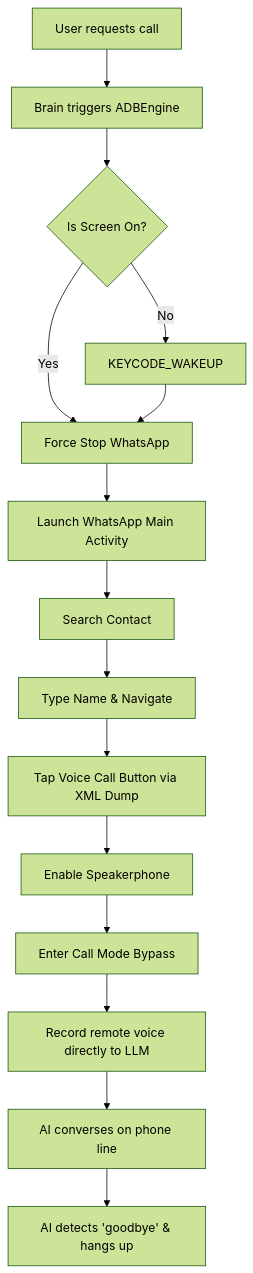
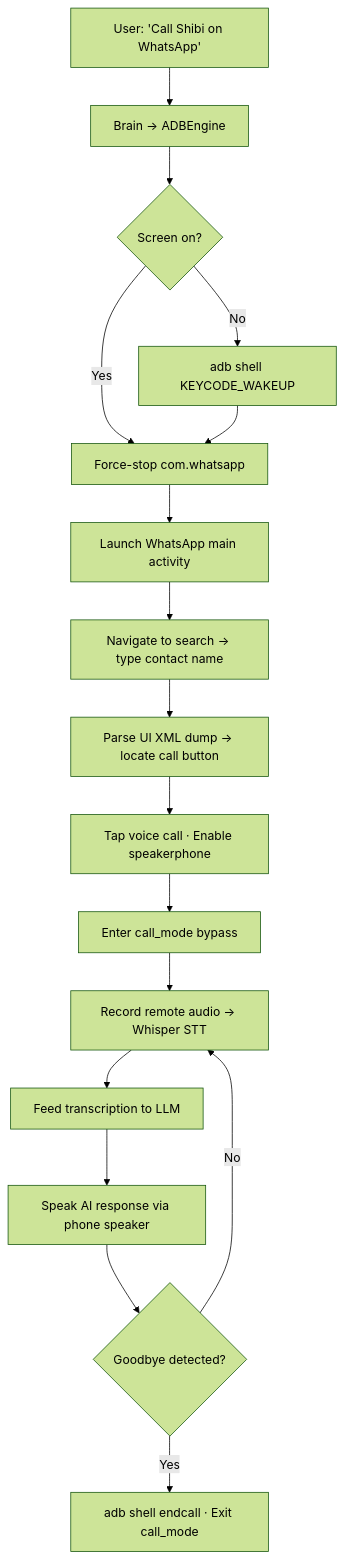
One commit to SaiSiddharthBS/Captain_AI changed the third of 3 diagrams in README.md. Above: the diagram before and after it, drawn with Mermaid (forest theme). The commit also changed other lines of this file, not shown here.

Commit message:
docs: complete industrial-grade README rewrite with architecture diagrams, technical spec tables, and deployment guide

````diff
--- a/README.md
+++ b/README.md
@@ -125,17 +129,19 @@
 ```mermaid
 flowchart TD
-    A[User requests call] --> B[Brain triggers ADBEngine]
-    B --> C{Is Screen On?}
-    C -->|No| D[KEYCODE_WAKEUP]
-    C -->|Yes| E[Force Stop WhatsApp]
+    A["User: 'Call Shibi on WhatsApp'"] --> B["Brain → ADBEngine"]
+    B --> C{"Screen on?"}
+    C -->|No| D["adb shell KEYCODE_WAKEUP"]
+    C -->|Yes| E["Force-stop com.whatsapp"]
     D --> E
-    E --> F[Launch WhatsApp Main Activity]
-    F --> G[Search Contact]
-    G --> H[Type Name & Navigate]
-    H --> I[Tap Voice Call Button via XML Dump]
-    I --> J[Enable Speakerphone]
-    J --> K[Enter Call Mode Bypass]
-    K --> L[Record remote voice directly to LLM]
-    L --> M[AI converses on phone line]
-    M --> N[AI detects 'goodbye' & hangs up]
+    E --> F["Launch WhatsApp main activity"]
+    F --> G["Navigate to search → type contact name"]
+    G --> H["Parse UI XML dump → locate call button"]
+    H --> I["Tap voice call · Enable speakerphone"]
+    I --> J["Enter call_mode bypass"]
+    J --> K["Record remote audio → Whisper STT"]
+    K --> L["Feed transcription to LLM"]
+    L --> M["Speak AI response via phone speaker"]
+    M --> N{"Goodbye detected?"}
+    N -->|No| K
+    N -->|Yes| O["adb shell endcall · Exit call_mode"]
 ```
````
